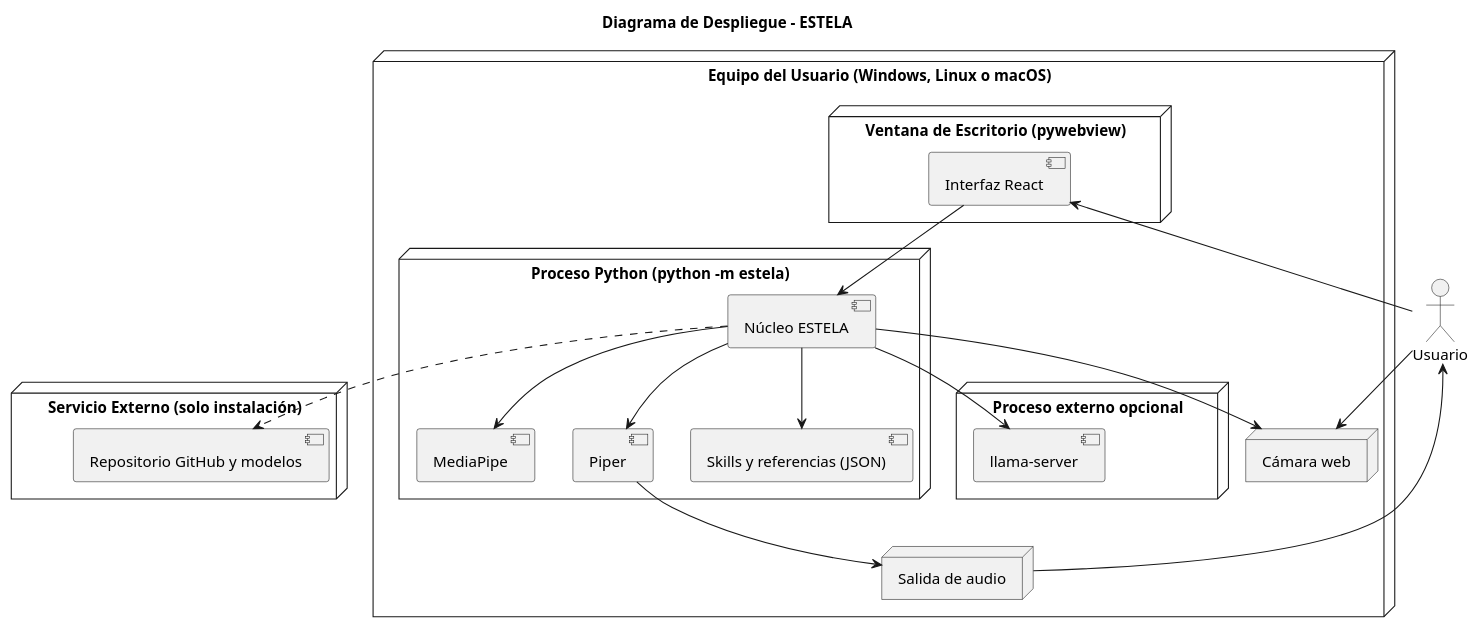
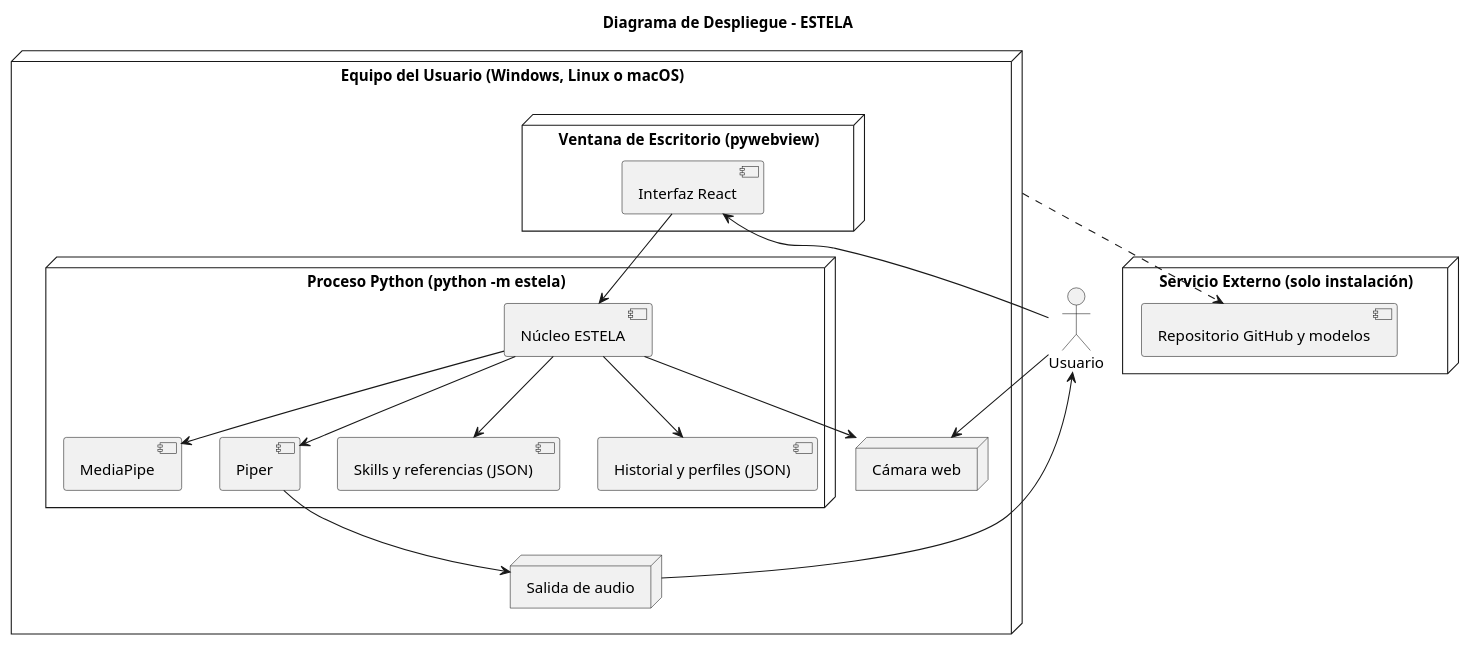
The diagram in diagramas_estela_modelo_profe/test_diagrams/plantuml/despliegue.wsd (isaAJ05/ESTELA), drawn with PlantUML before and after one commit. The commit also changed 44 other files, not shown here.

First line of the commit message:
docs(diagramas): actualizar los diagramas de la rama test

```diff
--- a/diagramas_estela_modelo_profe/test_diagrams/plantuml/despliegue.wsd
+++ b/diagramas_estela_modelo_profe/test_diagrams/plantuml/despliegue.wsd
@@ -1,38 +1,40 @@
 @startuml
 title Diagrama de Despliegue - ESTELA
 
 actor Usuario
 
 node "Equipo del Usuario (Windows, Linux o macOS)" as PC {
   node "Ventana de Escritorio (pywebview)" as WV {
     [Interfaz React] as React
   }
   node "Proceso Python (python -m estela)" as PY {
     [Núcleo ESTELA] as Core
     [MediaPipe] as MP
     [Piper] as Piper
     [Skills y referencias (JSON)] as Skills
-  }
-  node "Proceso externo opcional" as EXT {
-    [llama-server] as LLM
+    [Historial y perfiles (JSON)] as Hist
   }
   node "Cámara web" as Cam
   node "Salida de audio" as Aud
 }
 
 node "Servicio Externo (solo instalación)" as NET {
   [Repositorio GitHub y modelos] as Repo
 }
 
 Usuario --> React
 Usuario --> Cam
 Aud --> Usuario
 React --> Core
 Core --> Cam
 Core --> MP
 Core --> Piper
 Core --> Skills
-Core --> LLM
+Core --> Hist
 Piper --> Aud
-Core ..> Repo
+PC ..> Repo
+' En test el LLM (llama-server) solo lo usa el banco de pruebas de EXP-001,
+' fuera del producto: no se dibuja aquí (sí en diagramas/definitivos/).
+' La descarga la hace scripts/descargar_modelos.py en la instalación, no el
+' núcleo: por eso la flecha sale del equipo y no de Núcleo ESTELA.
 @enduml
```
